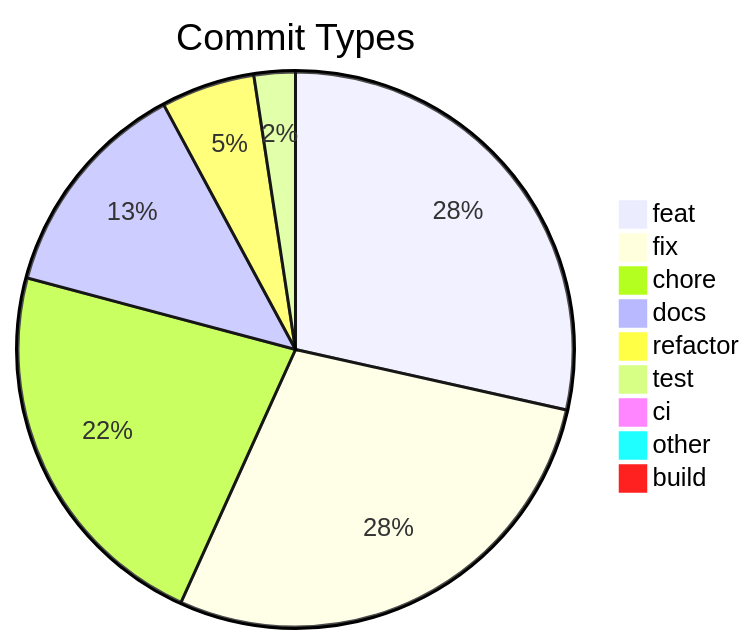
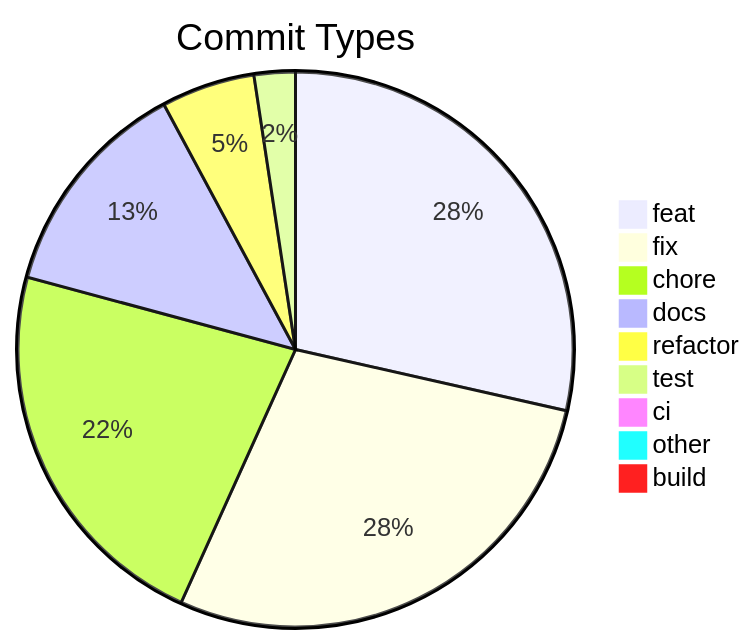
Before and after one commit to svenroth-ai/shipwright: the diagram in .shipwright/compliance/change-history.md, drawn with Mermaid. The commit also changed other lines of this file and 32 other files, not shown here.

````diff
--- a/.shipwright/compliance/change-history.md
+++ b/.shipwright/compliance/change-history.md
@@ -8,12 +8,12 @@
 ```mermaid
 pie title Commit Types
-    "feat" : 261
+    "feat" : 262
     "fix" : 259
-    "chore" : 205
+    "chore" : 206
     "docs" : 119
     "refactor" : 50
     "test" : 22
     "ci" : 7
     "other" : 7
     "build" : 1
 ```
````
